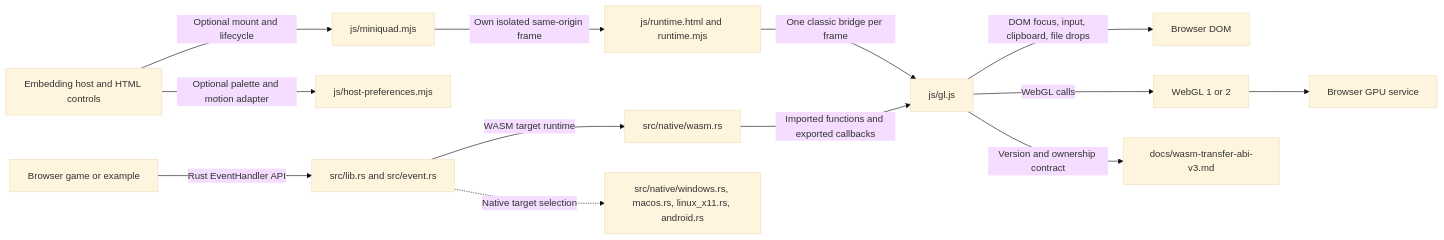
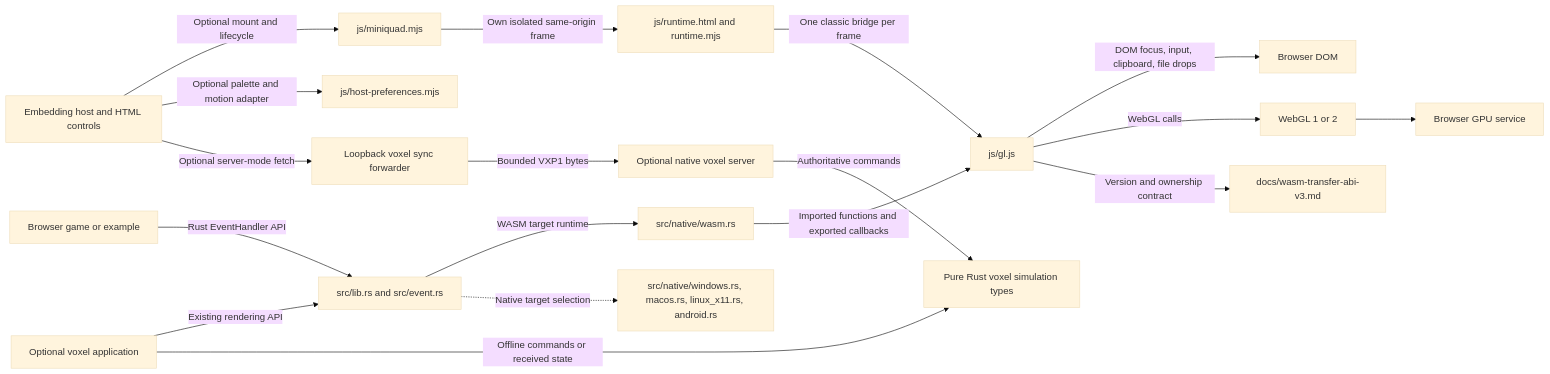
Before and after one commit to Tigon32/miniquad: the diagram in docs/architecture/components.mmd, drawn with Mermaid (base theme). The commit also changed 3 other files, not shown here.

First line of the commit message:
docs: map the optional voxel authority boundary

```diff
--- a/docs/architecture/components.mmd
+++ b/docs/architecture/components.mmd
@@ -1,13 +1,18 @@
 flowchart LR
     Host["Embedding host and HTML controls"] -->|"Optional mount and lifecycle"| Embed["js/miniquad.mjs"]
     Embed -->|"Own isolated same-origin frame"| Runtime["js/runtime.html and runtime.mjs"]
     Runtime -->|"One classic bridge per frame"| Bridge["js/gl.js"]
     Host -->|"Optional palette and motion adapter"| Preferences["js/host-preferences.mjs"]
     App["Browser game or example"] -->|"Rust EventHandler API"| Public["src/lib.rs and src/event.rs"]
     Public -->|"WASM target runtime"| Backend["src/native/wasm.rs"]
     Backend -->|"Imported functions and exported callbacks"| Bridge["js/gl.js"]
     Bridge -->|"DOM focus, input, clipboard, file drops"| Browser["Browser DOM"]
     Bridge -->|"WebGL calls"| GL["WebGL 1 or 2"]
     GL --> GPU["Browser GPU service"]
     Public -.->|"Native target selection"| Native["src/native/windows.rs, macos.rs, linux_x11.rs, android.rs"]
     Bridge -->|"Version and ownership contract"| ABI["docs/wasm-transfer-abi-v3.md"]
+    Voxel["Optional voxel application"] -->|"Existing rendering API"| Public
+    Voxel -->|"Offline commands or received state"| Sim["Pure Rust voxel simulation types"]
+    Host -->|"Optional server-mode fetch"| Forwarder["Loopback voxel sync forwarder"]
+    Forwarder -->|"Bounded VXP1 bytes"| Authority["Optional native voxel server"]
+    Authority -->|"Authoritative commands"| Sim
```
